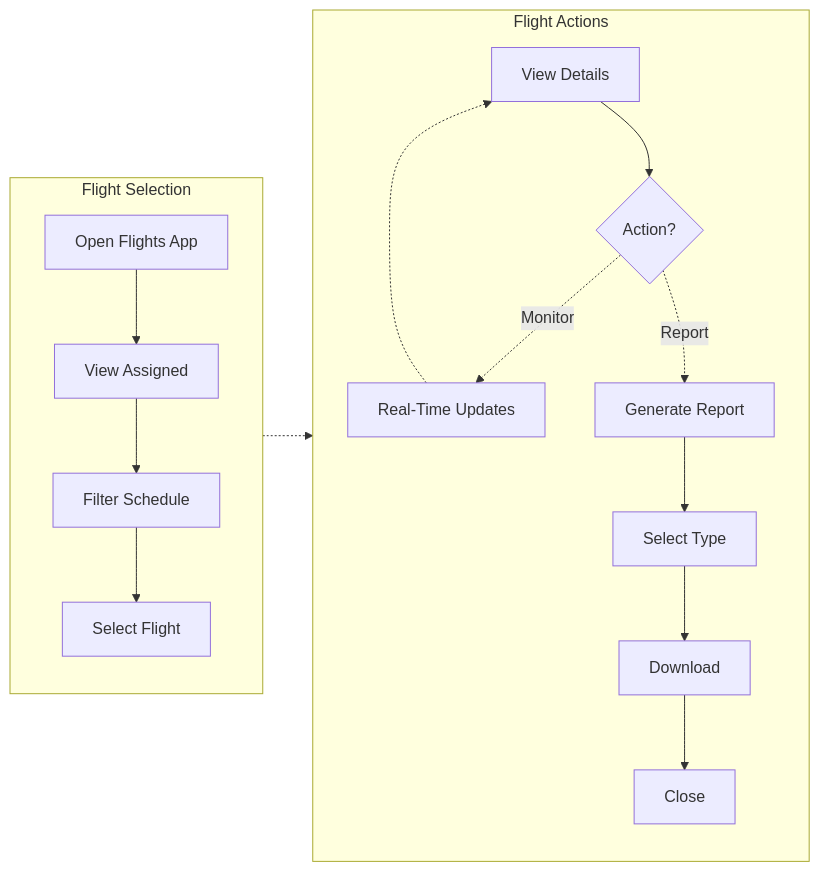
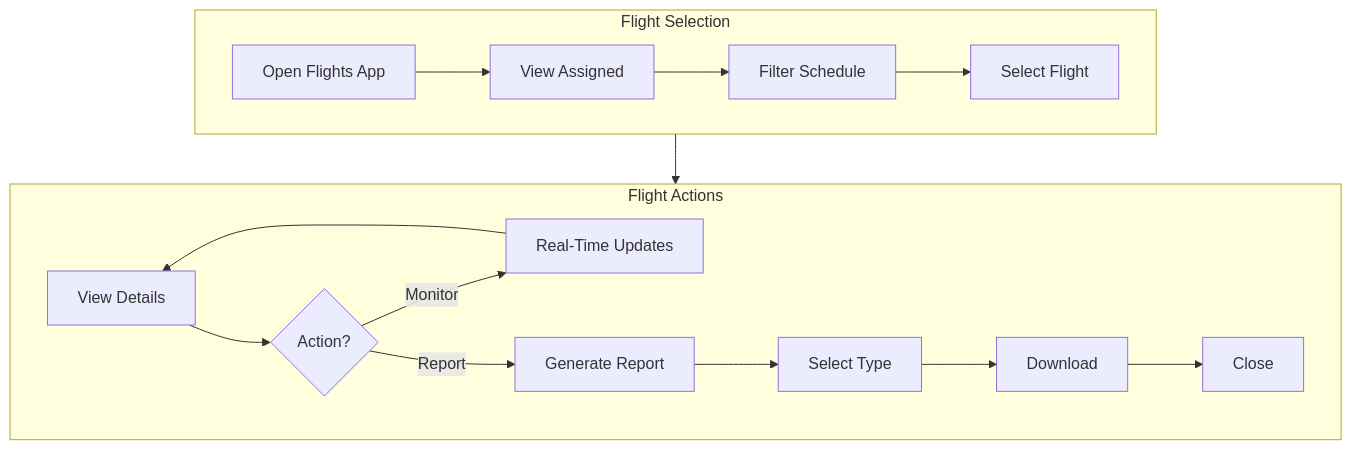
Before and after one commit to RoundRobinHood/cogniflight-cloud: the ninth of 10 diagrams in docs/SEN3781_Assignment4_Information_Architecture_Report.md, drawn with Mermaid. The commit also changed other lines of this file, not shown here.

Commit message:
improved diagram readability

````diff
--- a/docs/SEN3781_Assignment4_Information_Architecture_Report.md
+++ b/docs/SEN3781_Assignment4_Information_Architecture_Report.md
@@ -486,20 +451,15 @@
 ```mermaid
-flowchart LR
+flowchart TB
     subgraph s1["Flight Selection"]
-        direction TB
-        A[Open Flights App] --> B[View Assigned]
-        B --> C[Filter Schedule]
-        C --> D[Select Flight]
+        direction LR
+        A[Open Flights App] --> B[View Assigned] --> C[Filter Schedule] --> D[Select Flight]
     end
     subgraph s2["Flight Actions"]
-        direction TB
+        direction LR
         E[View Details] --> F{Action?}
-        F -.->|Monitor| G[Real-Time Updates]
-        G -.-> E
-        F -.->|Report| H[Generate Report]
-        H --> I[Select Type]
-        I --> J[Download]
-        J --> K[Close]
+        F -->|Monitor| G[Real-Time Updates]
+        G --> E
+        F -->|Report| H[Generate Report] --> I[Select Type] --> J[Download] --> K[Close]
     end
-    D -.-> E
+    D --> E
 ```
````
